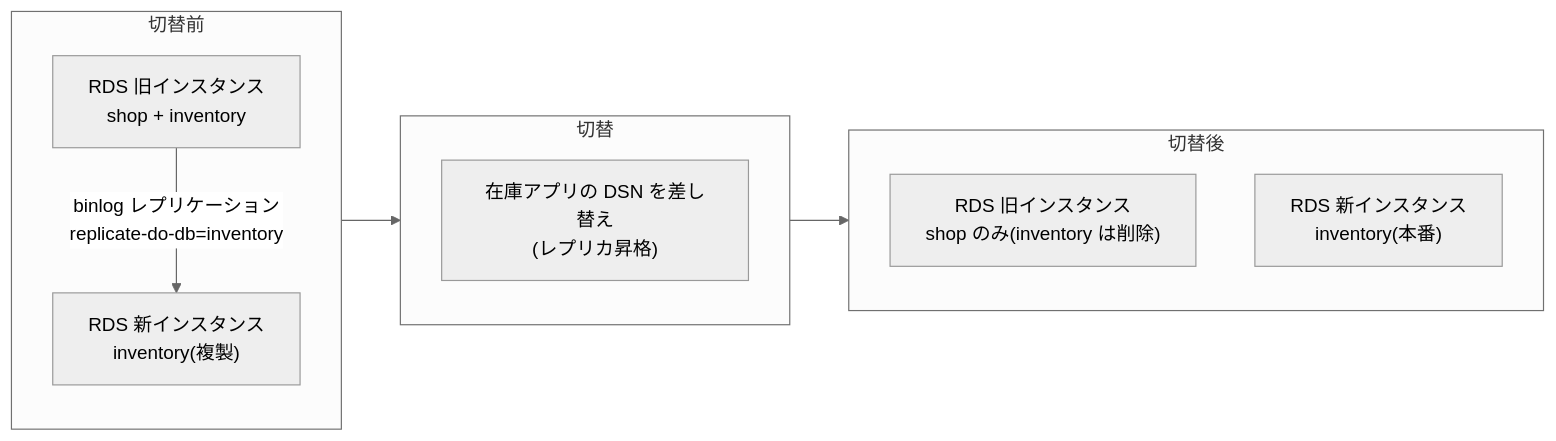
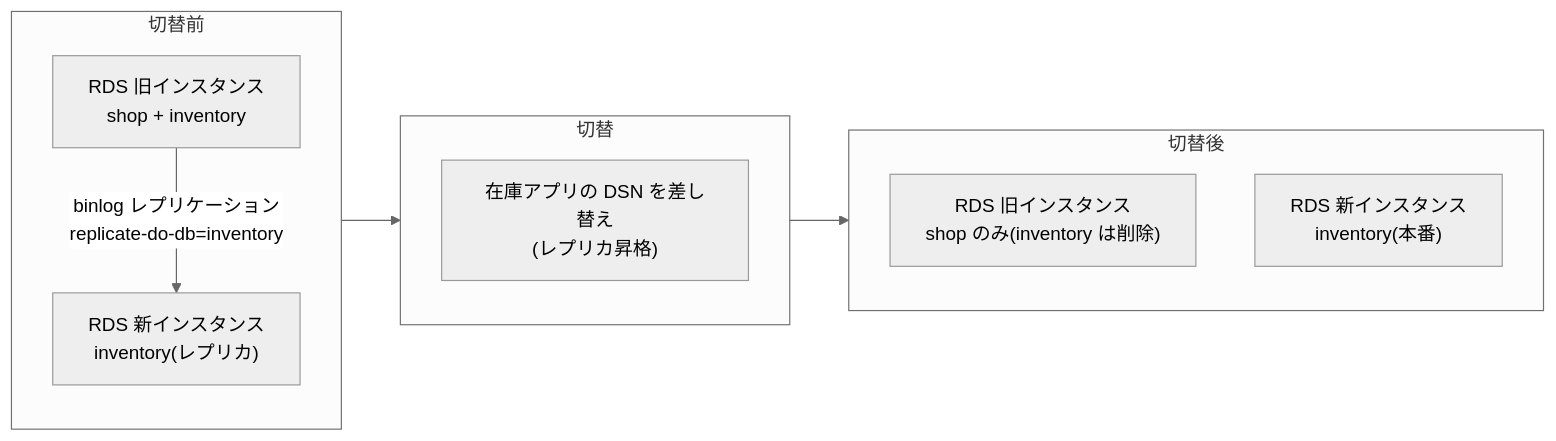
One commit to rikukaInoue/rikukadev changed the seventh of 7 diagrams in src/content/blog/monolith-data-carving-three-stages.mdx. Above: the diagram before and after it, drawn with Mermaid (neutral theme). The commit also changed other lines of this file, not shown here.

````diff
--- a/src/content/blog/monolith-data-carving-three-stages.mdx
+++ b/src/content/blog/monolith-data-carving-three-stages.mdx
@@ -251,16 +251,16 @@
 ```mermaid
 graph LR
     subgraph before["切替前"]
         A1["RDS 旧インスタンス<br/>shop + inventory"]
-        B1["RDS 新インスタンス<br/>inventory(複製)"]
+        B1["RDS 新インスタンス<br/>inventory(レプリカ)"]
         A1 -->|"binlog レプリケーション<br/>replicate-do-db=inventory"| B1
     end
     subgraph cutover["切替"]
         C["在庫アプリの DSN を差し替え<br/>(レプリカ昇格)"]
     end
     subgraph after["切替後"]
         A2["RDS 旧インスタンス<br/>shop のみ(inventory は削除)"]
         B2["RDS 新インスタンス<br/>inventory(本番)"]
     end
     before --> cutover --> after
 ```
````
